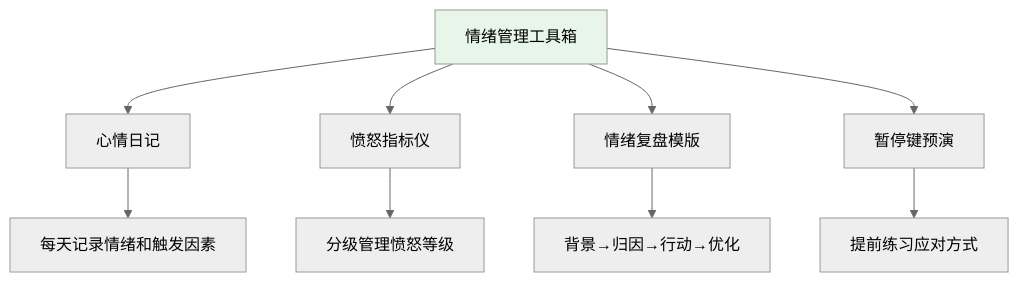
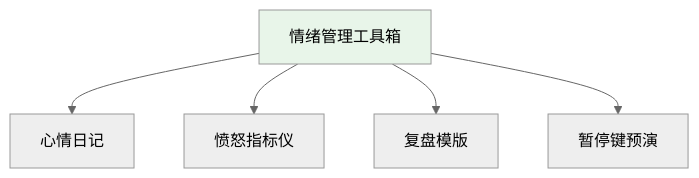
One commit to chongyang211/YCBookBlog changed the eighth of 10 diagrams in 10.打工充平常记录/10.自我精进七课/07.底层思维的训练/7.7情商能力的学习.md. Above: the diagram before and after it, drawn with Mermaid (neutral theme). The commit also changed other lines of this file and 55 other files, not shown here.

````diff
--- a/10.打工充平常记录/10.自我精进七课/07.底层思维的训练/7.7情商能力的学习.md
+++ b/10.打工充平常记录/10.自我精进七课/07.底层思维的训练/7.7情商能力的学习.md
@@ -331,12 +292,8 @@
 ```mermaid
 graph TD
     A[情绪管理工具箱] --> B[心情日记]
     A --> C[愤怒指标仪]
-    A --> D[情绪复盘模版]
+    A --> D[复盘模版]
     A --> E[暂停键预演]
-    B --> B1[每天记录情绪和触发因素]
-    C --> C1[分级管理愤怒等级]
-    D --> D1[背景→归因→行动→优化]
-    E --> E1[提前练习应对方式]
     style A fill:#e8f5e9
 ```
````
